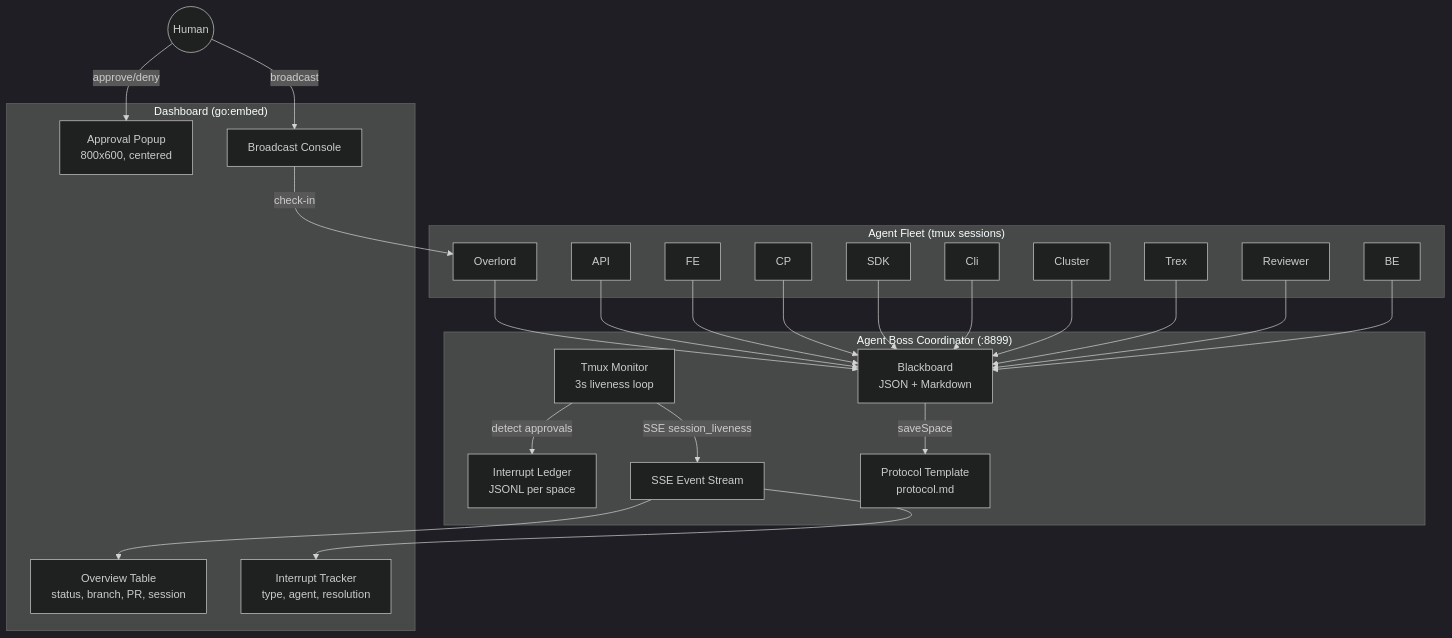
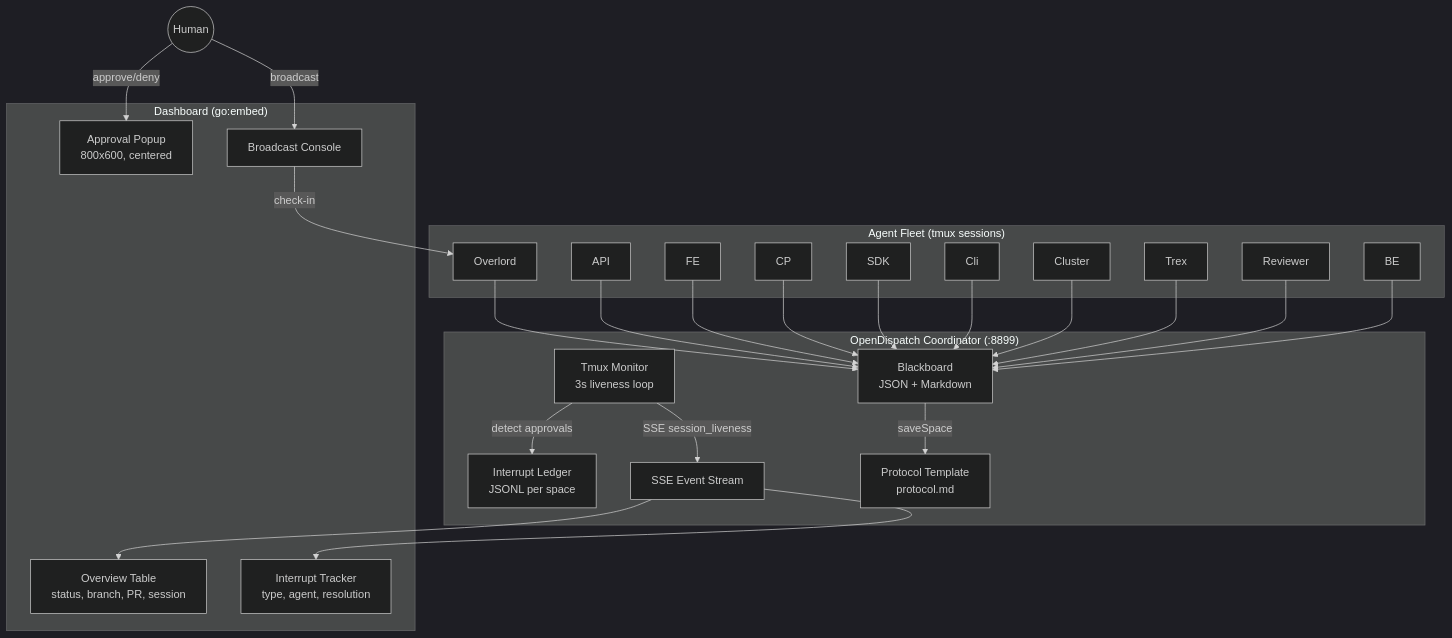
The first of 7 diagrams in docs/proposal-agent-boss-ambient.md (openshift-online/open-dispatch), drawn with Mermaid (dark theme) before and after one commit. The commit also changed other lines of this file and 44 other files, not shown here.

First line of the commit message:
feat(rebrand): Agent Boss → OpenDispatch/oDispatch/odis (TASK-128) (#250)

````diff
--- a/docs/proposal-agent-boss-ambient.md
+++ b/docs/proposal-agent-boss-ambient.md
@@ -35,39 +35,39 @@
 ```mermaid
 graph TB
-    subgraph "Agent Boss Coordinator (:8899)"
+    subgraph "OpenDispatch Coordinator (:8899)"
         BL[Blackboard<br/>JSON + Markdown]
         IL[Interrupt Ledger<br/>JSONL per space]
         SSE[SSE Event Stream]
         TM[Tmux Monitor<br/>3s liveness loop]
         PR[Protocol Template<br/>protocol.md]
     end
 
     subgraph "Dashboard (go:embed)"
         OV[Overview Table<br/>status, branch, PR, session]
         IT[Interrupt Tracker<br/>type, agent, resolution]
         AP[Approval Popup<br/>800x600, centered]
         BC[Broadcast Console]
     end
 
     subgraph "Agent Fleet (tmux sessions)"
         OL[Overlord] --> BL
         API_A[API] --> BL
         FE_A[FE] --> BL
         CP_A[CP] --> BL
         SDK_A[SDK] --> BL
         CLI_A[Cli] --> BL
         CL_A[Cluster] --> BL
         TR_A[Trex] --> BL
         RV_A[Reviewer] --> BL
         BE_A[BE] --> BL
     end
 
     TM -->|detect approvals| IL
     TM -->|SSE session_liveness| SSE
     SSE --> OV
     SSE --> IT
     BL -->|saveSpace| PR
     Human((Human)) -->|approve/deny| AP
     Human -->|broadcast| BC
     BC -->|check-in| OL
 ```
````
